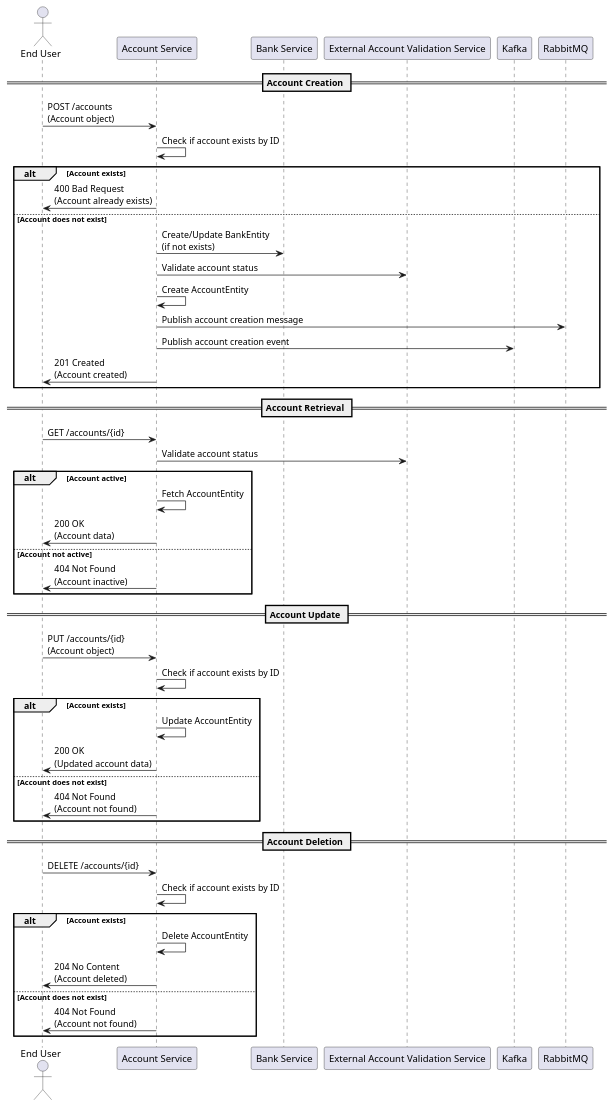
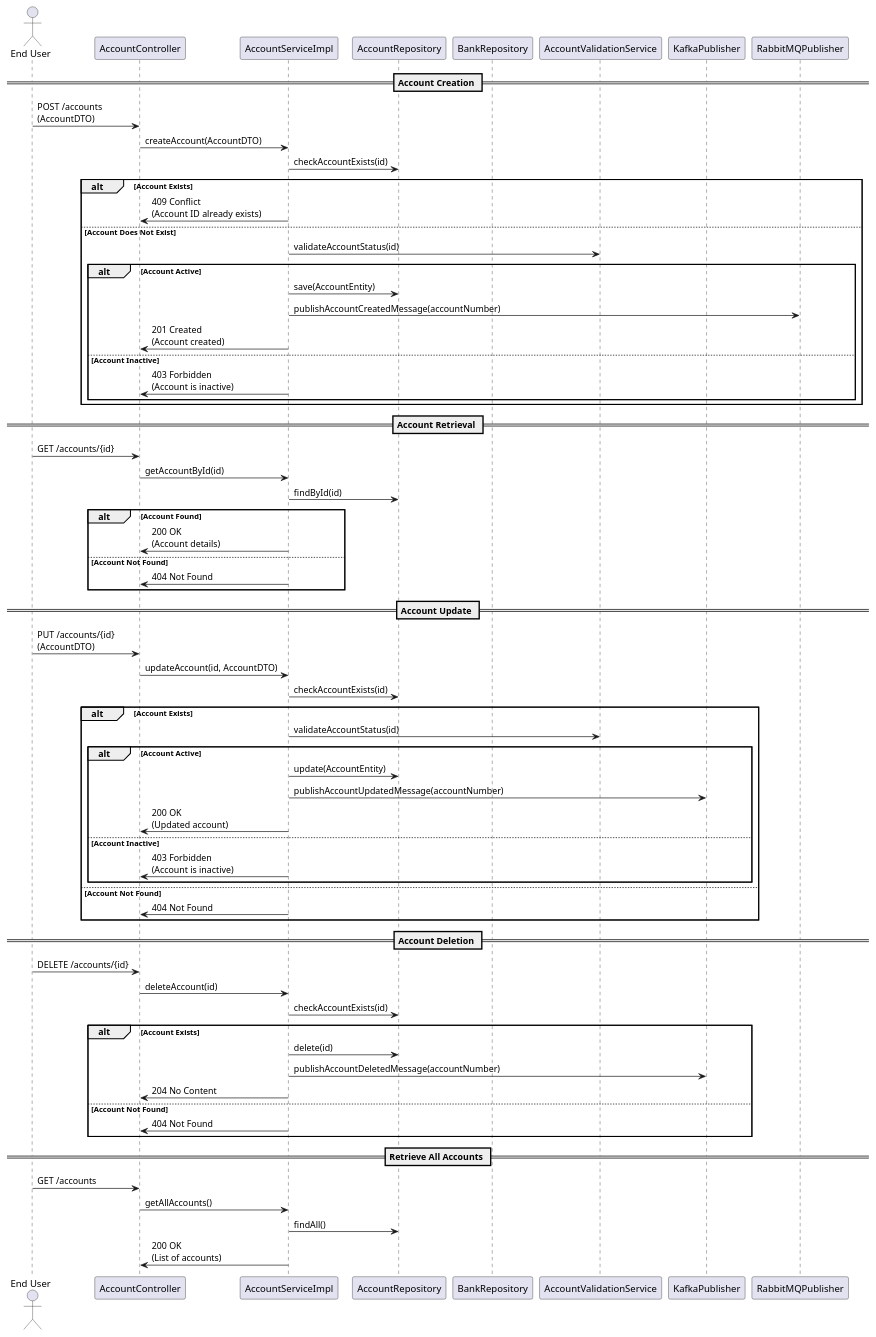
Before and after one commit to Bhaskar-Pavan/AccountService: the diagram in design_document/Account_service.md, drawn with PlantUML. The commit also changed other lines of this file, not shown here.

````diff
--- a/design_document/Account_service.md
+++ b/design_document/Account_service.md
@@ -47,55 +48,75 @@
 ```plantuml
 @startuml
 actor "End User" as User
-participant "Account Service" as AccountService
-participant "Bank Service" as BankService
-participant "External Account Validation Service" as ExternalService
-participant "Kafka" as Kafka
-participant "RabbitMQ" as RabbitMQ
+participant "AccountController" as Controller
+participant "AccountServiceImpl" as Service
+participant "AccountRepository" as AccountRepo
+participant "BankRepository" as BankRepo
+participant "AccountValidationService" as ValidationService
+participant "KafkaPublisher" as Kafka
+participant "RabbitMQPublisher" as RabbitMQ
 
 == Account Creation ==
-User -> AccountService : POST /accounts\n(Account object)
-AccountService -> AccountService : Check if account exists by ID
-alt Account exists
-    AccountService -> User : 400 Bad Request\n(Account already exists)
-else Account does not exist
-    AccountService -> BankService : Create/Update BankEntity\n(if not exists)
-    AccountService -> ExternalService : Validate account status
-    AccountService -> AccountService : Create AccountEntity
-    AccountService -> RabbitMQ : Publish account creation message
-    AccountService -> Kafka : Publish account creation event
-    AccountService -> User : 201 Created\n(Account created)
+User -> Controller: POST /accounts\n(AccountDTO)
+Controller -> Service: createAccount(AccountDTO)
+Service -> AccountRepo: checkAccountExists(id)
+alt Account Exists
+    Service -> Controller: 409 Conflict\n(Account ID already exists)
+else Account Does Not Exist
+    Service -> ValidationService: validateAccountStatus(id)
+    alt Account Active
+        Service -> AccountRepo: save(AccountEntity)
+        Service -> RabbitMQ: publishAccountCreatedMessage(accountNumber)
+        Service -> Controller: 201 Created\n(Account created)
+    else Account Inactive
+        Service -> Controller: 403 Forbidden\n(Account is inactive)
+    end
 end
 
 == Account Retrieval ==
-User -> AccountService : GET /accounts/{id}
-AccountService -> ExternalService : Validate account status
-alt Account active
-    AccountService -> AccountService : Fetch AccountEntity
-    AccountService -> User : 200 OK\n(Account data)
-else Account not active
-    AccountService -> User : 404 Not Found\n(Account inactive)
+User -> Controller: GET /accounts/{id}
+Controller -> Service: getAccountById(id)
+Service -> AccountRepo: findById(id)
+alt Account Found
+    Service -> Controller: 200 OK\n(Account details)
+else Account Not Found
+    Service -> Controller: 404 Not Found
 end
 
 == Account Update ==
-User -> AccountService : PUT /accounts/{id}\n(Account object)
-AccountService -> AccountService : Check if account exists by ID
-alt Account exists
-    AccountService -> AccountService : Update AccountEntity
-    AccountService -> User : 200 OK\n(Updated account data)
-else Account does not exist
-    AccountService -> User : 404 Not Found\n(Account not found)
+User -> Controller: PUT /accounts/{id}\n(AccountDTO)
+Controller -> Service: updateAccount(id, AccountDTO)
+Service -> AccountRepo: checkAccountExists(id)
+alt Account Exists
+    Service -> ValidationService: validateAccountStatus(id)
+    alt Account Active
+        Service -> AccountRepo: update(AccountEntity)
+        Service -> Kafka: publishAccountUpdatedMessage(accountNumber)
+        Service -> Controller: 200 OK\n(Updated account)
+    else Account Inactive
+        Service -> Controller: 403 Forbidden\n(Account is inactive)
+    end
+else Account Not Found
+    Service -> Controller: 404 Not Found
 end
 
 == Account Deletion ==
-User -> AccountService : DELETE /accounts/{id}
-AccountService -> AccountService : Check if account exists by ID
-alt Account exists
-    AccountService -> AccountService : Delete AccountEntity
-    AccountService -> User : 204 No Content\n(Account deleted)
-else Account does not exist
-    AccountService -> User : 404 Not Found\n(Account not found)
+User -> Controller: DELETE /accounts/{id}
+Controller -> Service: deleteAccount(id)
+Service -> AccountRepo: checkAccountExists(id)
+alt Account Exists
+    Service -> AccountRepo: delete(id)
+    Service -> Kafka: publishAccountDeletedMessage(accountNumber)
+    Service -> Controller: 204 No Content
+else Account Not Found
+    Service -> Controller: 404 Not Found
 end
+
+== Retrieve All Accounts ==
+User -> Controller: GET /accounts
+Controller -> Service: getAllAccounts()
+Service -> AccountRepo: findAll()
+Service -> Controller: 200 OK\n(List of accounts)
 
 @enduml
 ```
````
